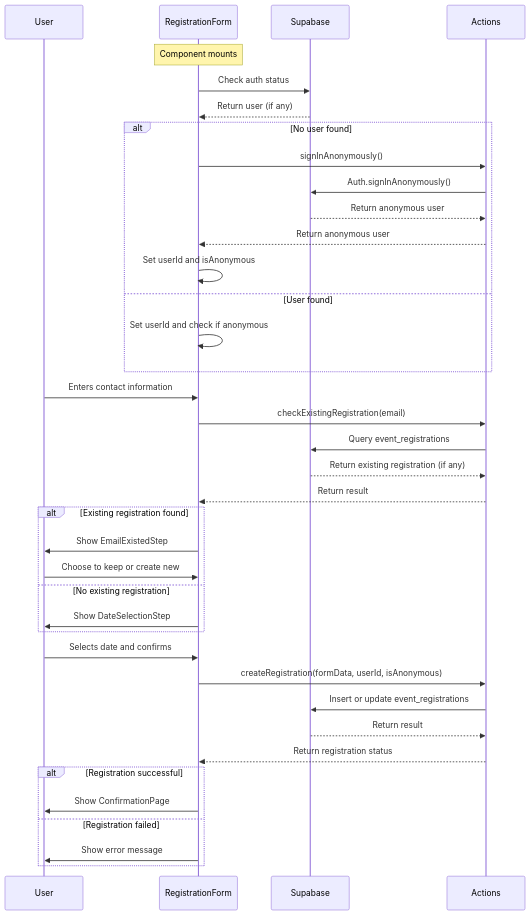
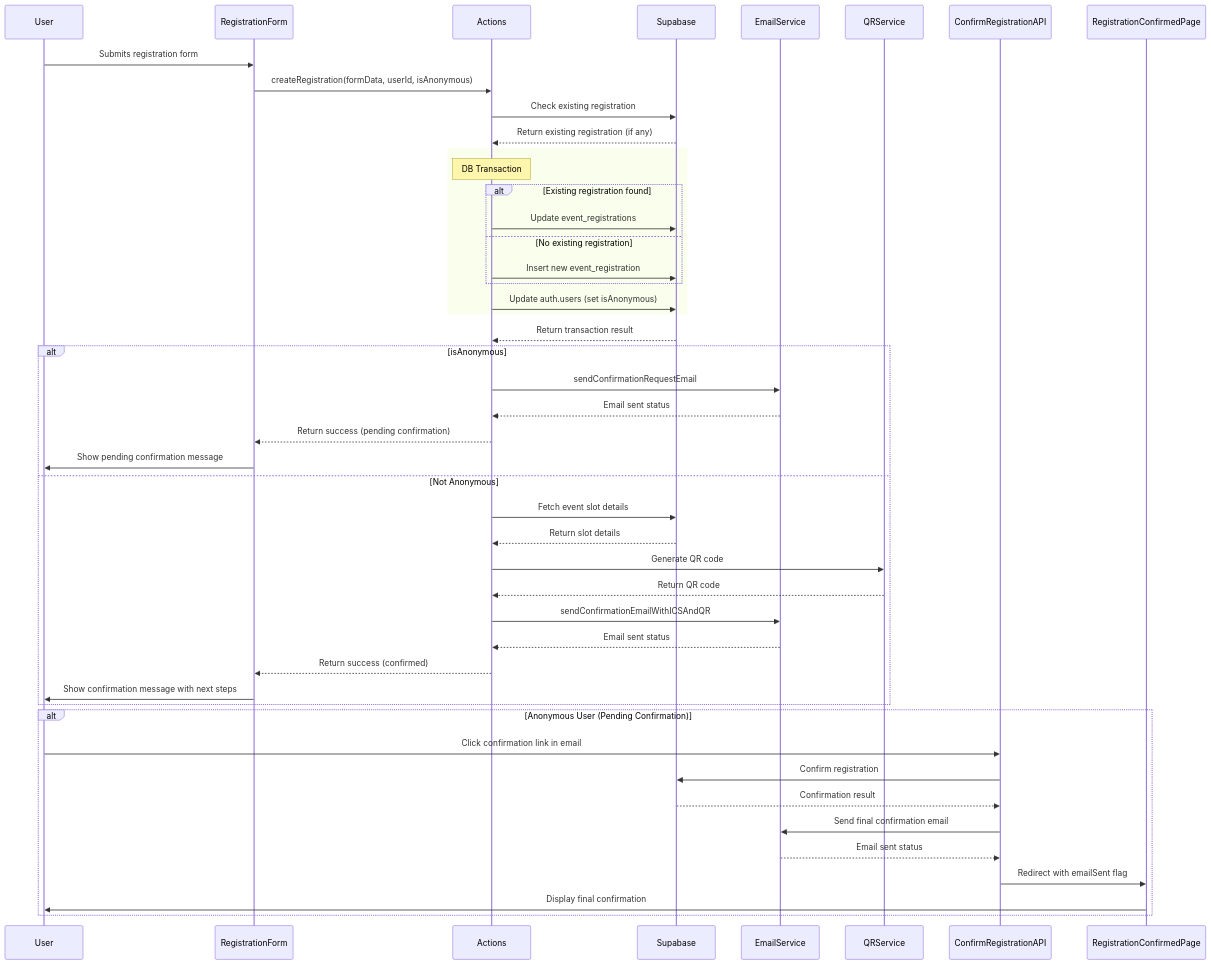
One commit to vinhloc30796/creativecontact-app changed the diagram in app/(public)/(event)/register/sequence.mermaid. Above: the diagram before and after it, drawn with Mermaid.

Commit message:
Document email flow for registration

```diff
--- a/app/(public)/(event)/register/sequence.mermaid
+++ b/app/(public)/(event)/register/sequence.mermaid
@@ -1,44 +1,53 @@
 sequenceDiagram
     participant User
     participant RegistrationForm
+    participant Actions
     participant Supabase
-    participant Actions
+    participant EmailService
+    participant QRService
+    participant ConfirmRegistrationAPI
+    participant RegistrationConfirmedPage
 
-    Note over RegistrationForm: Component mounts
-    RegistrationForm->>Supabase: Check auth status
-    Supabase-->>RegistrationForm: Return user (if any)
+    User->>RegistrationForm: Submits registration form
+    RegistrationForm->>Actions: createRegistration(formData, userId, isAnonymous)
     
-    alt No user found
-        RegistrationForm->>Actions: signInAnonymously()
-        Actions->>Supabase: Auth.signInAnonymously()
-        Supabase-->>Actions: Return anonymous user
-        Actions-->>RegistrationForm: Return anonymous user
-        RegistrationForm->>RegistrationForm: Set userId and isAnonymous
-    else User found
-        RegistrationForm->>RegistrationForm: Set userId and check if anonymous
+    Actions->>Supabase: Check existing registration
+    Supabase-->>Actions: Return existing registration (if any)
+
+    rect
+        Note over Actions: DB Transaction
+        alt Existing registration found
+            Actions->>Supabase: Update event_registrations
+        else No existing registration
+            Actions->>Supabase: Insert new event_registration
+        end
+        Actions->>Supabase: Update auth.users (set isAnonymous)
     end
 
-    User->>RegistrationForm: Enters contact information
-    RegistrationForm->>Actions: checkExistingRegistration(email)
-    Actions->>Supabase: Query event_registrations
-    Supabase-->>Actions: Return existing registration (if any)
-    Actions-->>RegistrationForm: Return result
+    Supabase-->>Actions: Return transaction result
 
-    alt Existing registration found
-        RegistrationForm->>User: Show EmailExistedStep
-        User->>RegistrationForm: Choose to keep or create new
-    else No existing registration
-        RegistrationForm->>User: Show DateSelectionStep
+    alt isAnonymous
+        Actions->>EmailService: sendConfirmationRequestEmail
+        EmailService-->>Actions: Email sent status
+        Actions-->>RegistrationForm: Return success (pending confirmation)
+        RegistrationForm->>User: Show pending confirmation message
+    else Not Anonymous
+        Actions->>Supabase: Fetch event slot details
+        Supabase-->>Actions: Return slot details
+        Actions->>QRService: Generate QR code
+        QRService-->>Actions: Return QR code
+        Actions->>EmailService: sendConfirmationEmailWithICSAndQR
+        EmailService-->>Actions: Email sent status
+        Actions-->>RegistrationForm: Return success (confirmed)
+        RegistrationForm->>User: Show confirmation message with next steps
     end
 
-    User->>RegistrationForm: Selects date and confirms
-    RegistrationForm->>Actions: createRegistration(formData, userId, isAnonymous)
-    Actions->>Supabase: Insert or update event_registrations
-    Supabase-->>Actions: Return result
-    Actions-->>RegistrationForm: Return registration status
-
-    alt Registration successful
-        RegistrationForm->>User: Show ConfirmationPage
-    else Registration failed
-        RegistrationForm->>User: Show error message
+    alt Anonymous User (Pending Confirmation)
+        User->>ConfirmRegistrationAPI: Click confirmation link in email
+        ConfirmRegistrationAPI->>Supabase: Confirm registration
+        Supabase-->>ConfirmRegistrationAPI: Confirmation result
+        ConfirmRegistrationAPI->>EmailService: Send final confirmation email
+        EmailService-->>ConfirmRegistrationAPI: Email sent status
+        ConfirmRegistrationAPI->>RegistrationConfirmedPage: Redirect with emailSent flag
+        RegistrationConfirmedPage->>User: Display final confirmation
     end
```
